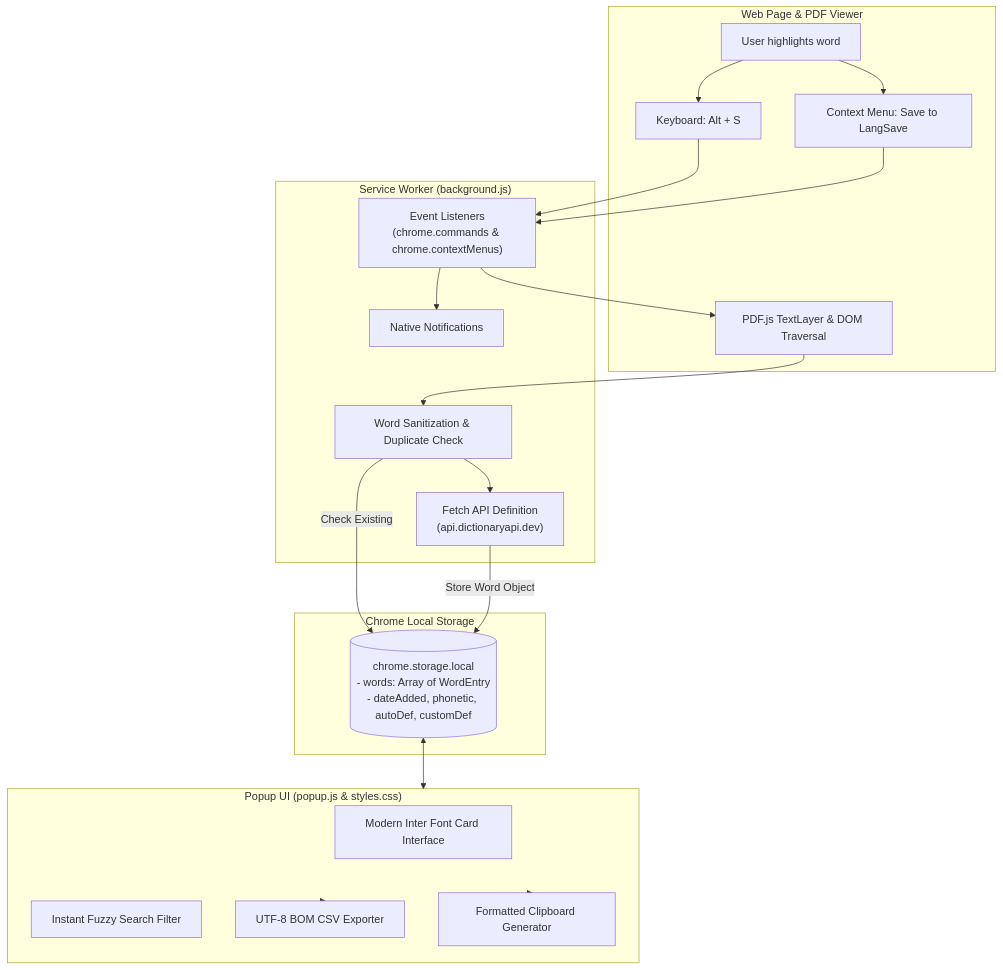
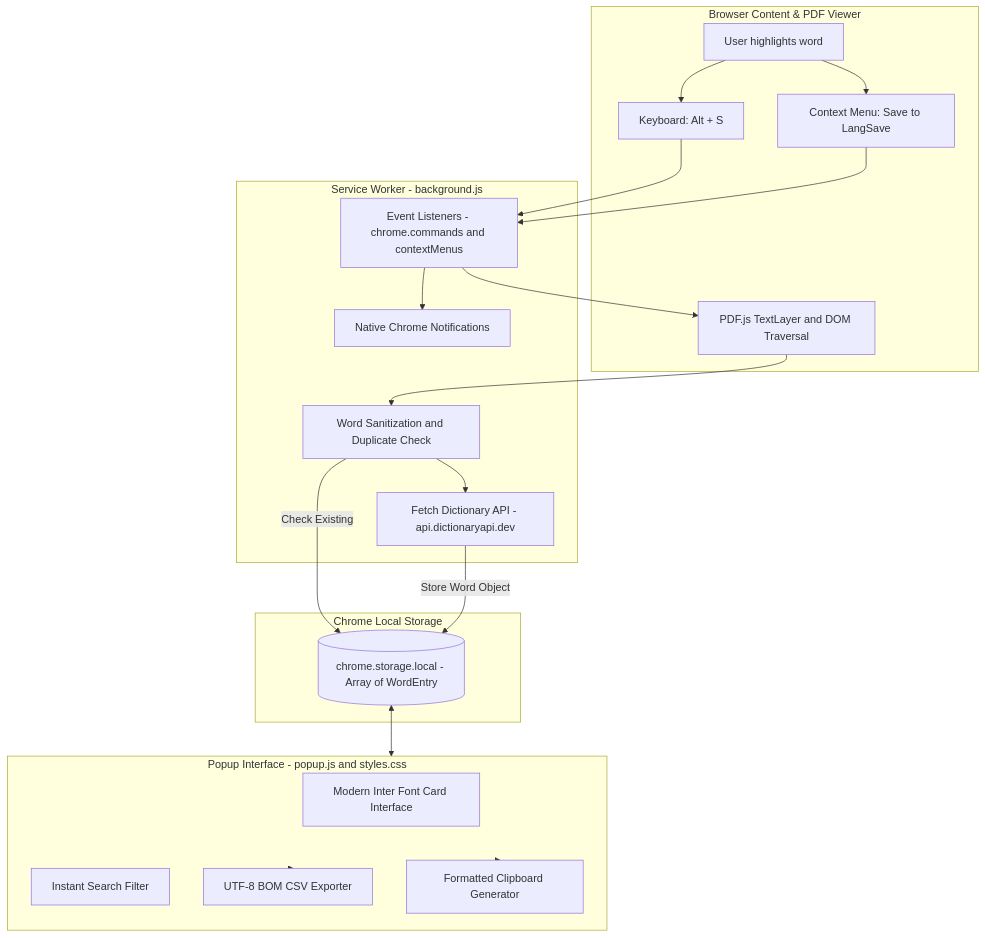
The diagram in README.md (Charonart/LangSaveExtension), drawn with Mermaid before and after one commit. The commit also changed other lines of this file, not shown here.

````diff
--- a/README.md
+++ b/README.md
@@ -85,42 +85,42 @@
 ```mermaid
 flowchart TD
-    subgraph BROWSER_CONTENT["Web Page & PDF Viewer"]
+    subgraph BROWSER_CONTENT["Browser Content & PDF Viewer"]
         SELECT["User highlights word"]
         KEYS["Keyboard: Alt + S"]
         CTX["Context Menu: Save to LangSave"]
-        PDF_DOM["PDF.js TextLayer & DOM Traversal"]
+        PDF_DOM["PDF.js TextLayer and DOM Traversal"]
     end
 
-    subgraph BACKGROUND["Service Worker (background.js)"]
-        SW["Event Listeners<br/>(chrome.commands & chrome.contextMenus)"]
-        CLEAN["Word Sanitization & Duplicate Check"]
-        API_CALL["Fetch API Definition<br/>(api.dictionaryapi.dev)"]
-        NOTIF["Native Notifications"]
+    subgraph BACKGROUND["Service Worker - background.js"]
+        SW["Event Listeners - chrome.commands and contextMenus"]
+        CLEAN["Word Sanitization and Duplicate Check"]
+        API_CALL["Fetch Dictionary API - api.dictionaryapi.dev"]
+        NOTIF["Native Chrome Notifications"]
     end
 
     subgraph STORAGE["Chrome Local Storage"]
-        DB[("chrome.storage.local<br/>- words: Array of WordEntry<br/>- dateAdded, phonetic, autoDef, customDef")]
+        DB[("chrome.storage.local - Array of WordEntry")]
     end
 
-    subgraph POPUP["Popup UI (popup.js & styles.css)"]
+    subgraph POPUP["Popup Interface - popup.js and styles.css"]
         UI["Modern Inter Font Card Interface"]
-        SEARCH["Instant Fuzzy Search Filter"]
+        SEARCH["Instant Search Filter"]
         EXP["UTF-8 BOM CSV Exporter"]
         CLIP["Formatted Clipboard Generator"]
     end
 
     SELECT --> KEYS
     SELECT --> CTX
     KEYS --> SW
     CTX --> SW
     SW --> PDF_DOM
     PDF_DOM --> CLEAN
     CLEAN -->|Check Existing| DB
     CLEAN --> API_CALL
     API_CALL -->|Store Word Object| DB
     SW --> NOTIF
 
     DB <--> POPUP
     POPUP --> EXP
     POPUP --> CLIP
 ```
````
